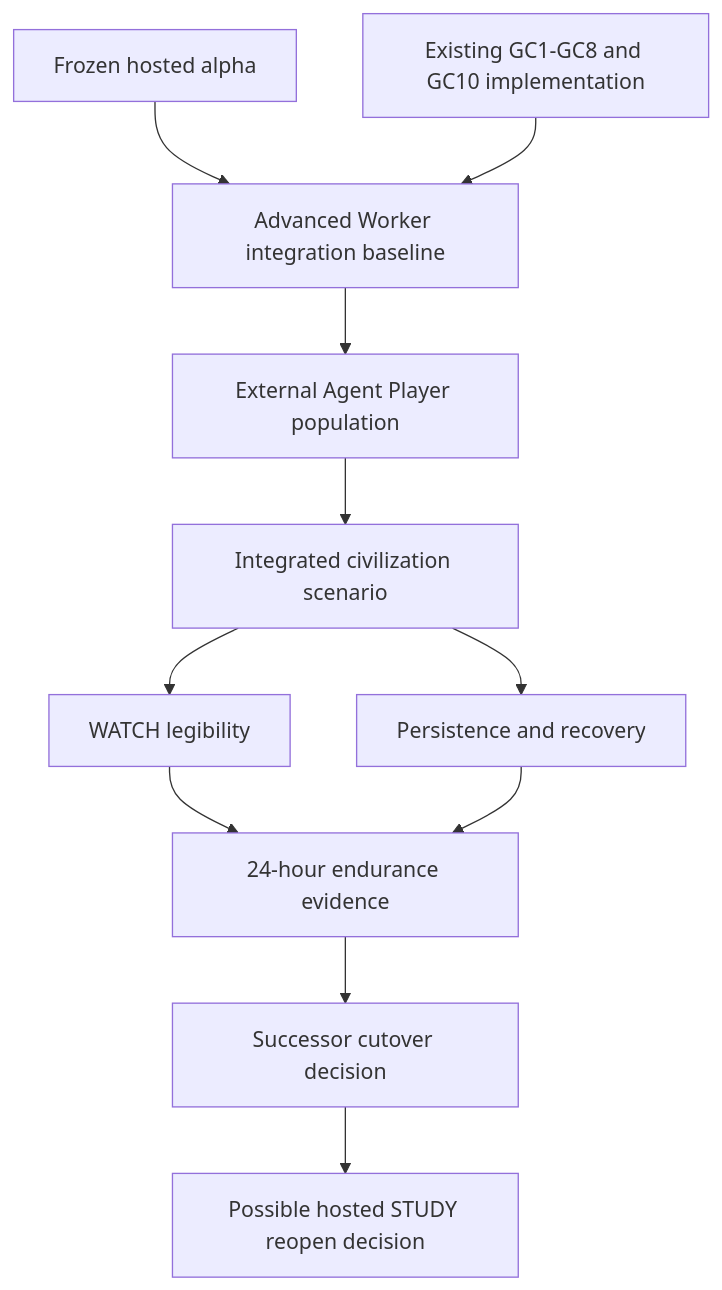
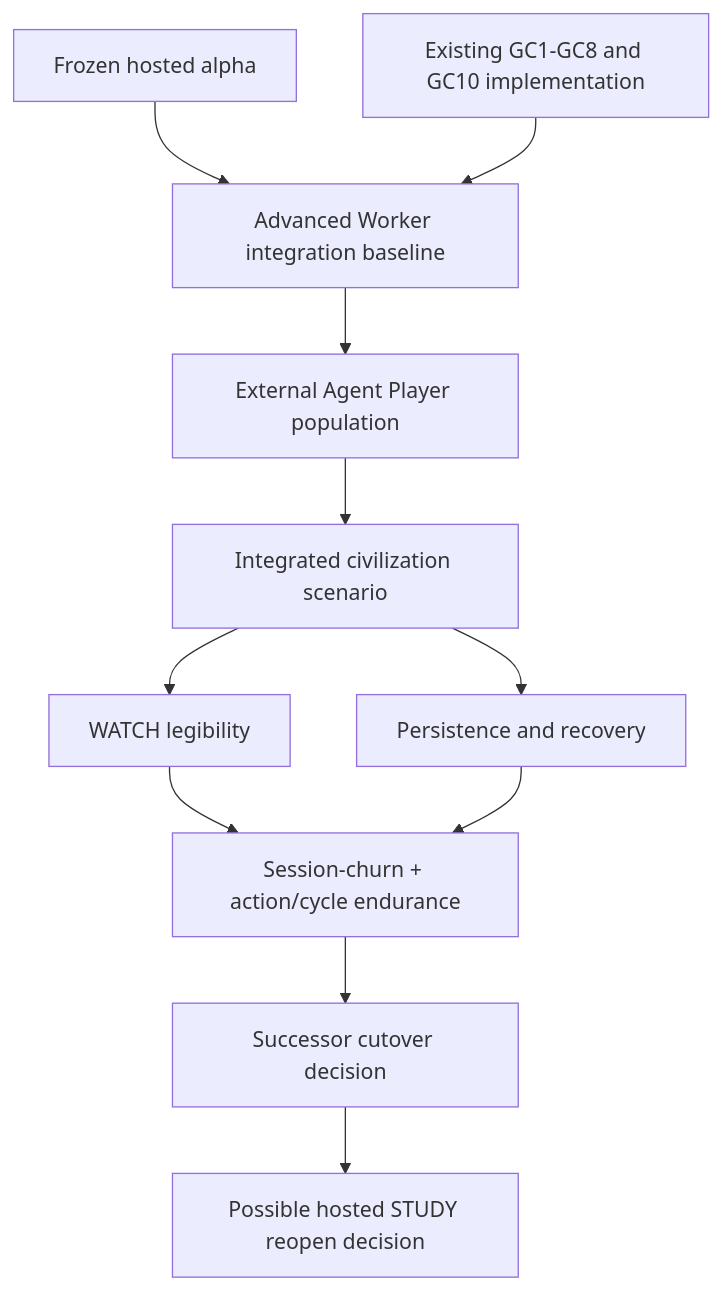
Before and after one commit to Zero-State-LLC/Noema-Specs: the diagram in docs/CIVILIZATION-CAPABILITY-MATRIX.md, drawn with Mermaid. The commit also changed 13 other files, not shown here.

First line of the commit message:
docs: Gate E endurance via session-churn and action/cycle budgets (#343)

````diff
--- a/docs/CIVILIZATION-CAPABILITY-MATRIX.md
+++ b/docs/CIVILIZATION-CAPABILITY-MATRIX.md
@@ -45,13 +45,13 @@
 ```mermaid
 graph TD
   A[Frozen hosted alpha] --> B[Advanced Worker integration baseline]
   X[Existing GC1-GC8 and GC10 implementation] --> B
   B --> C[External Agent Player population]
   C --> D[Integrated civilization scenario]
   D --> E[WATCH legibility]
   D --> F[Persistence and recovery]
-  E --> G[24-hour endurance evidence]
+  E --> G[Session-churn + action/cycle endurance]
   F --> G
   G --> H[Successor cutover decision]
   H --> I[Possible hosted STUDY reopen decision]
 ```
````
